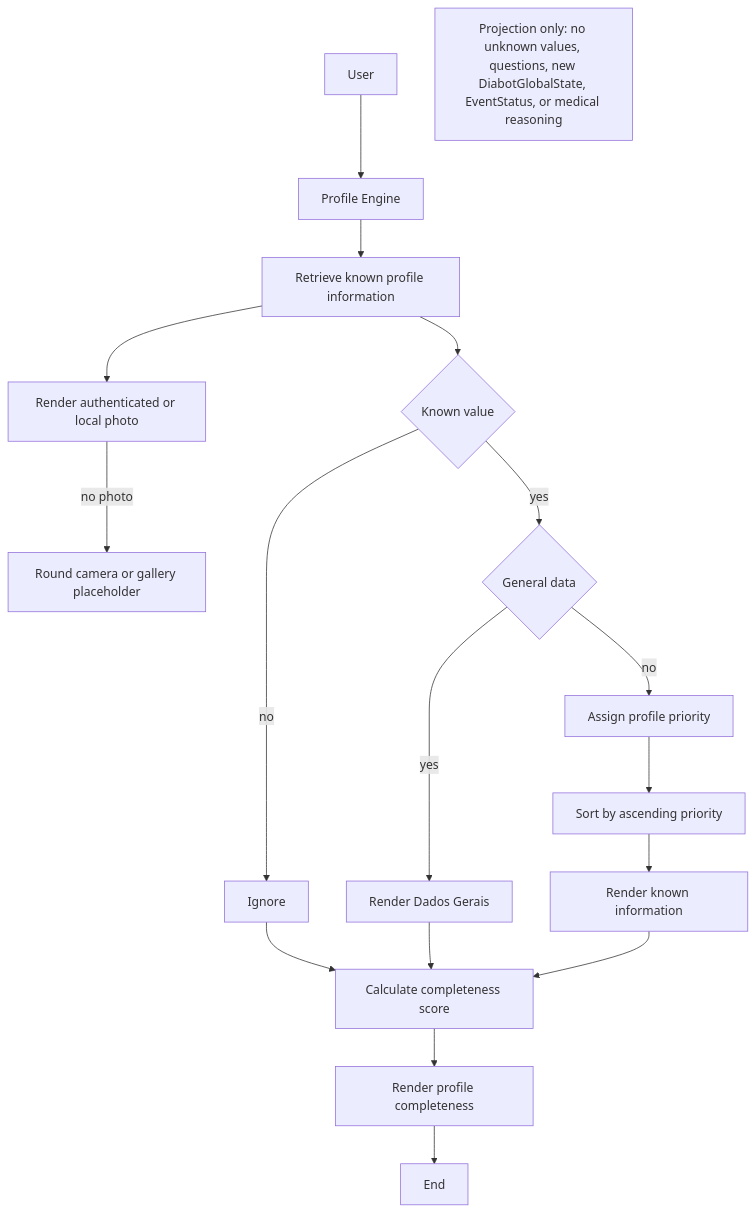
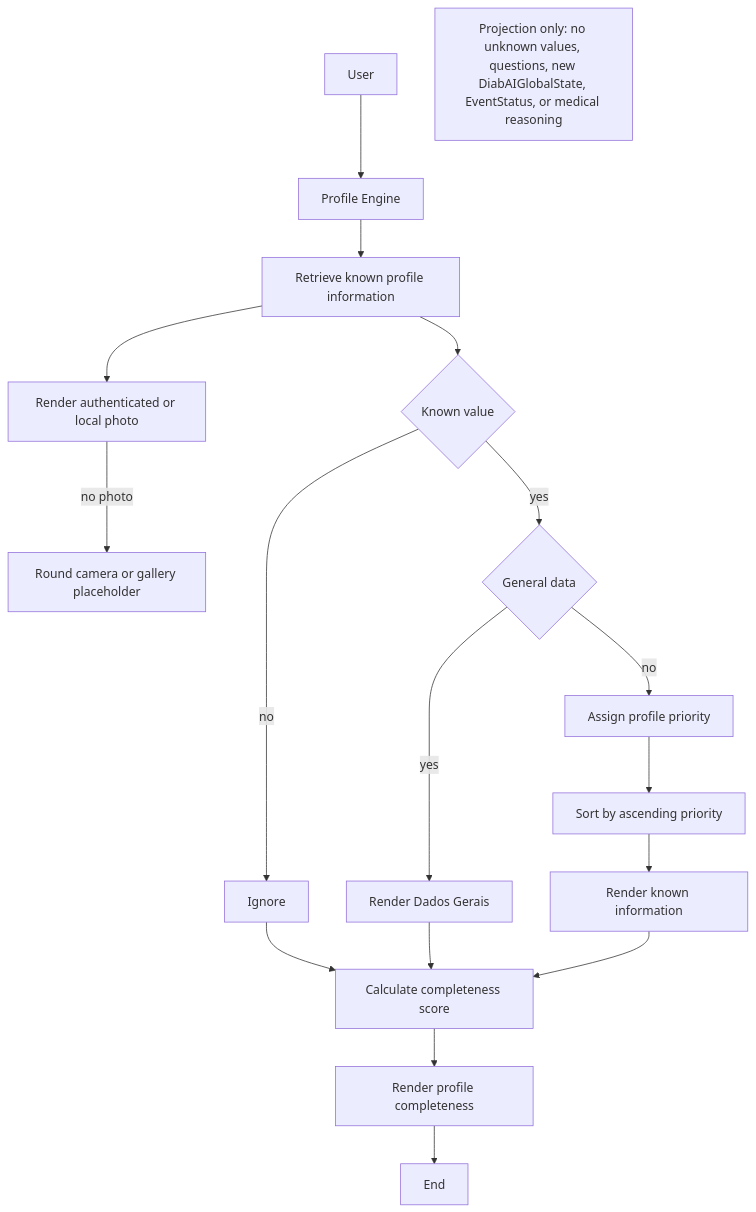
The diagram in diabot/docs/fsm/profile_view.mmd (bioduds/diabot), drawn with Mermaid before and after one commit. The commit also changed 55 other files, not shown here.

```diff
--- a/diabot/docs/fsm/profile_view.mmd
+++ b/diabot/docs/fsm/profile_view.mmd
@@ -1,21 +1,21 @@
 %% fsm-contract: {"generalFields":["name","email","ageYears","sex","weightKg","heightCm"],"priorityGroups":[["diabetesType","cgm","insulinPump","insulinTypes"],["insulinCarbRatio","correctionFactor","hypoglycemiaUnawareness","diagnosisDuration"],["knowledgeLevel","interactionMode"],["exerciseProfile","mealPatterns","insulinUsagePatterns","learnedFacts"]],"avatarSources":["authenticated-photo","local-photo","picker-placeholder"],"knownOnly":true,"dynamic":true,"sort":"general-then-priority-ascending","completeness":"always-render","completenessScore":"priority-weighted-known-health-facts","globalStateChange":false,"lifecycleChange":false,"asksQuestions":false,"medicalReasoning":false}
 %% This contract is checked by test/fsm_mermaid_contract_test.dart.
 flowchart TD
   USER[User] --> PROFILE[Profile Engine]
   PROFILE --> RETRIEVE[Retrieve known profile information]
   RETRIEVE --> AVATAR[Render authenticated or local photo]
   AVATAR -->|no photo| PICKER[Round camera or gallery placeholder]
   RETRIEVE --> KNOWN{Known value}
   KNOWN -->|no| IGNORE[Ignore]
   KNOWN -->|yes| GENERAL{General data}
   GENERAL -->|yes| GENERAL_RENDER[Render Dados Gerais]
   GENERAL -->|no| PRIORITY[Assign profile priority]
   PRIORITY --> SORT[Sort by ascending priority]
   SORT --> RENDER[Render known information]
   IGNORE --> SCORE[Calculate completeness score]
   GENERAL_RENDER --> SCORE
   RENDER --> SCORE
   SCORE --> COMPLETENESS[Render profile completeness]
   COMPLETENESS --> END[End]
 
-  NOTE[Projection only: no unknown values, questions, new DiabotGlobalState, EventStatus, or medical reasoning]
+  NOTE[Projection only: no unknown values, questions, new DiabAIGlobalState, EventStatus, or medical reasoning]
```
